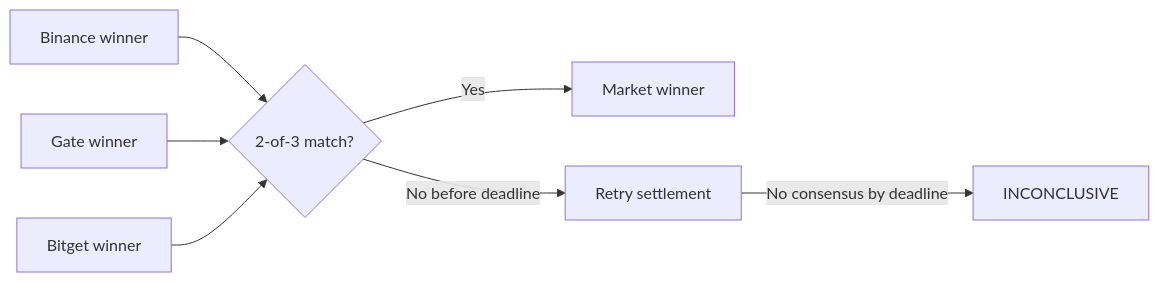
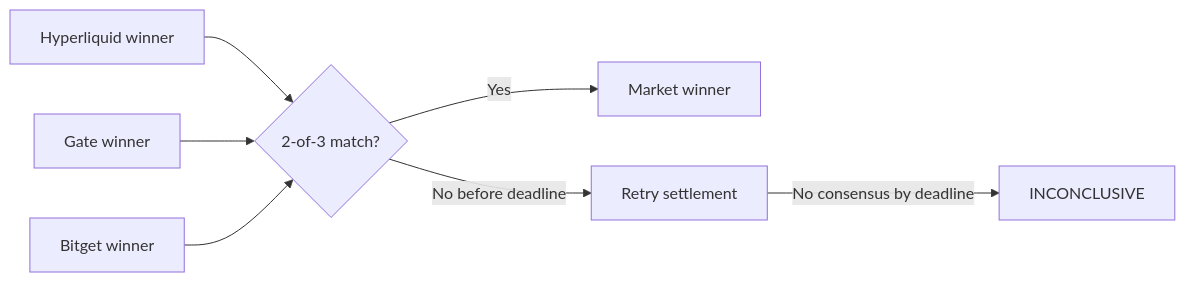
One commit to jason4185/forge-markets changed the second of 2 diagrams in README.md. Above: the diagram before and after it, drawn with Mermaid. The commit also changed other lines of this file and 8 other files, not shown here.

````diff
--- a/README.md
+++ b/README.md
@@ -90,10 +90,10 @@
 ```mermaid
 flowchart LR
-    B[Binance winner] --> C{2-of-3 match?}
+    H[Hyperliquid winner] --> C{2-of-3 match?}
     G[Gate winner] --> C
     T[Bitget winner] --> C
 
     C -->|Yes| W[Market winner]
     C -->|No before deadline| R[Retry settlement]
     R -->|No consensus by deadline| I[INCONCLUSIVE]
 ```
````
